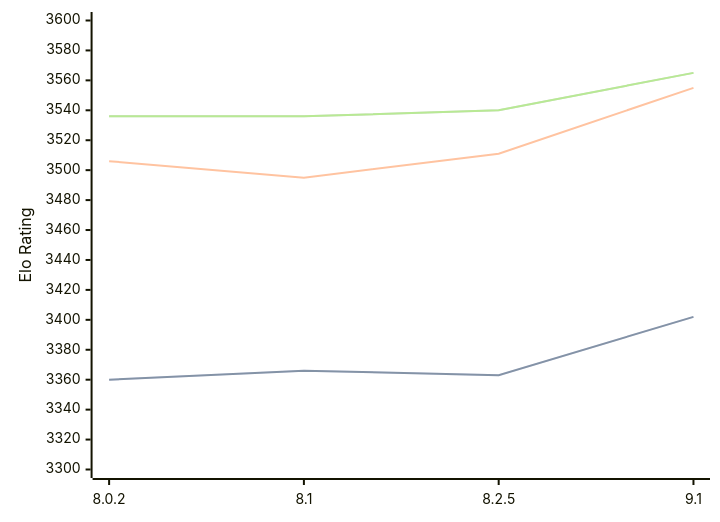
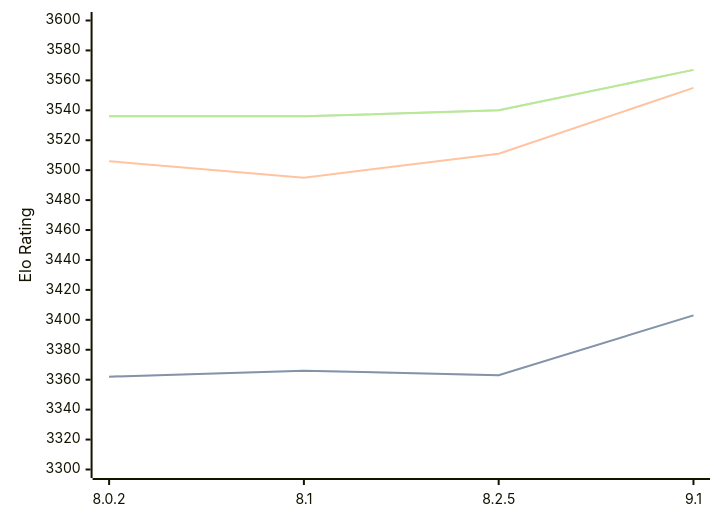
Before and after one commit to computer-chess-index/cci: the diagram in engines/Clover.md, drawn with Mermaid. The commit also changed other lines of this file, not shown here.

Commit message:
Update CCI Ratings (ELO VLTC) - 2026-04-01

````diff
--- a/engines/Clover.md
+++ b/engines/Clover.md
@@ -64,11 +64,11 @@
 ```mermaid
 %%{init: {"theme":"base","themeVariables":{"seriesColors:['#a3a3a3','#222221','#faa371']}}}%%
 xychart-beta
   x-axis ["8.0.2", "8.1", "8.2.5", "9.1"]
   y-axis "Elo Rating" 3300 --> 3600
-  line "STC (8.0+0.08s)" [3360, 3366, 3363, 3402]
-  line "STC (8.0+0.08s)" [3360, 3366, 3363, 3402]
+  line "STC (8.0+0.08s)" [3362, 3366, 3363, 3403]
+  line "STC (8.0+0.08s)" [3362, 3366, 3363, 3403]
   line "LTC (60.0+0.60s)" [3506, 3495, 3511, 3555]
-  line "VLTC (2m24s+1.12s)" [3536, 3536, 3540, 3565]
-  line "VLTC (2m24s+1.12s)" [3536, 3536, 3540, 3565]
+  line "VLTC (2m24s+1.12s)" [3536, 3536, 3540, 3567]
+  line "VLTC (2m24s+1.12s)" [3536, 3536, 3540, 3567]
 ```
````
